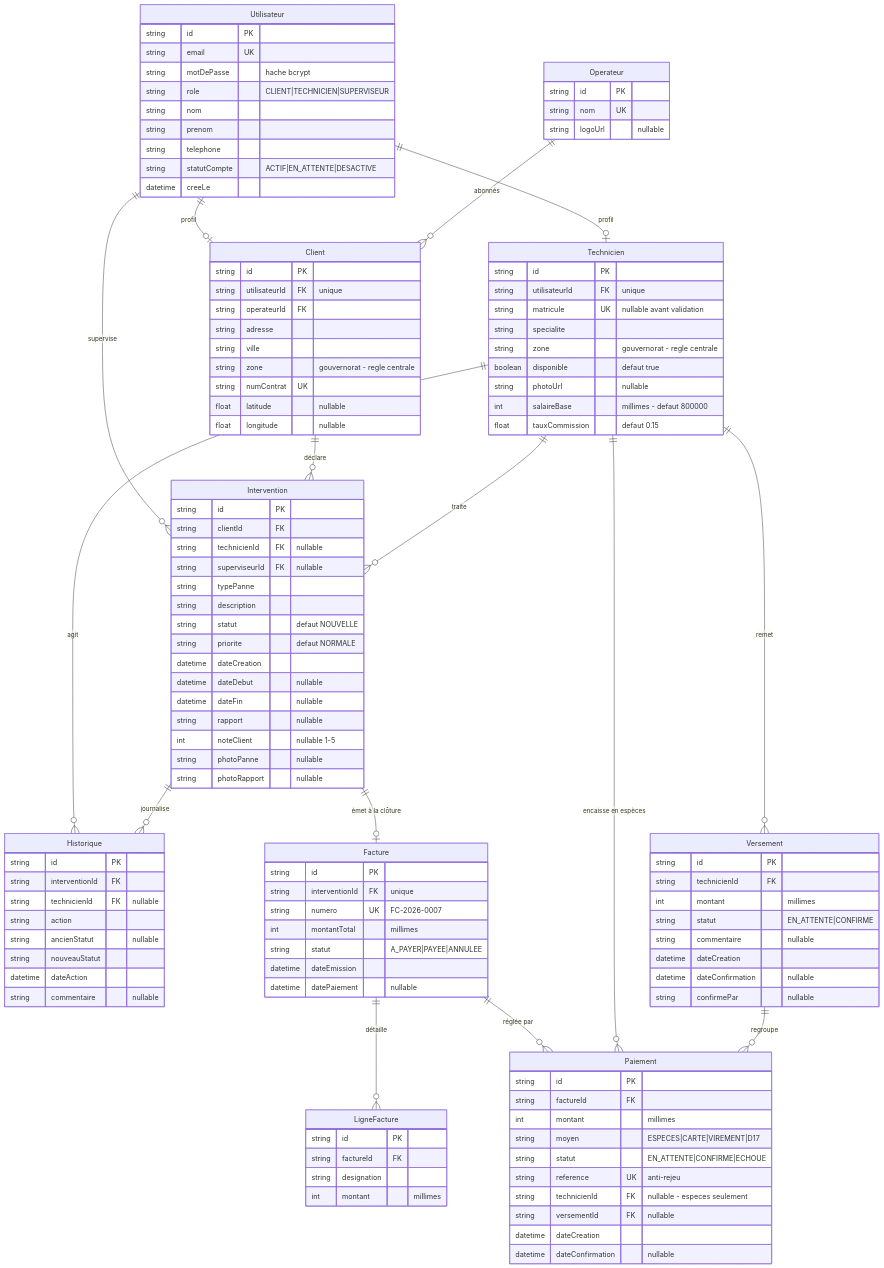
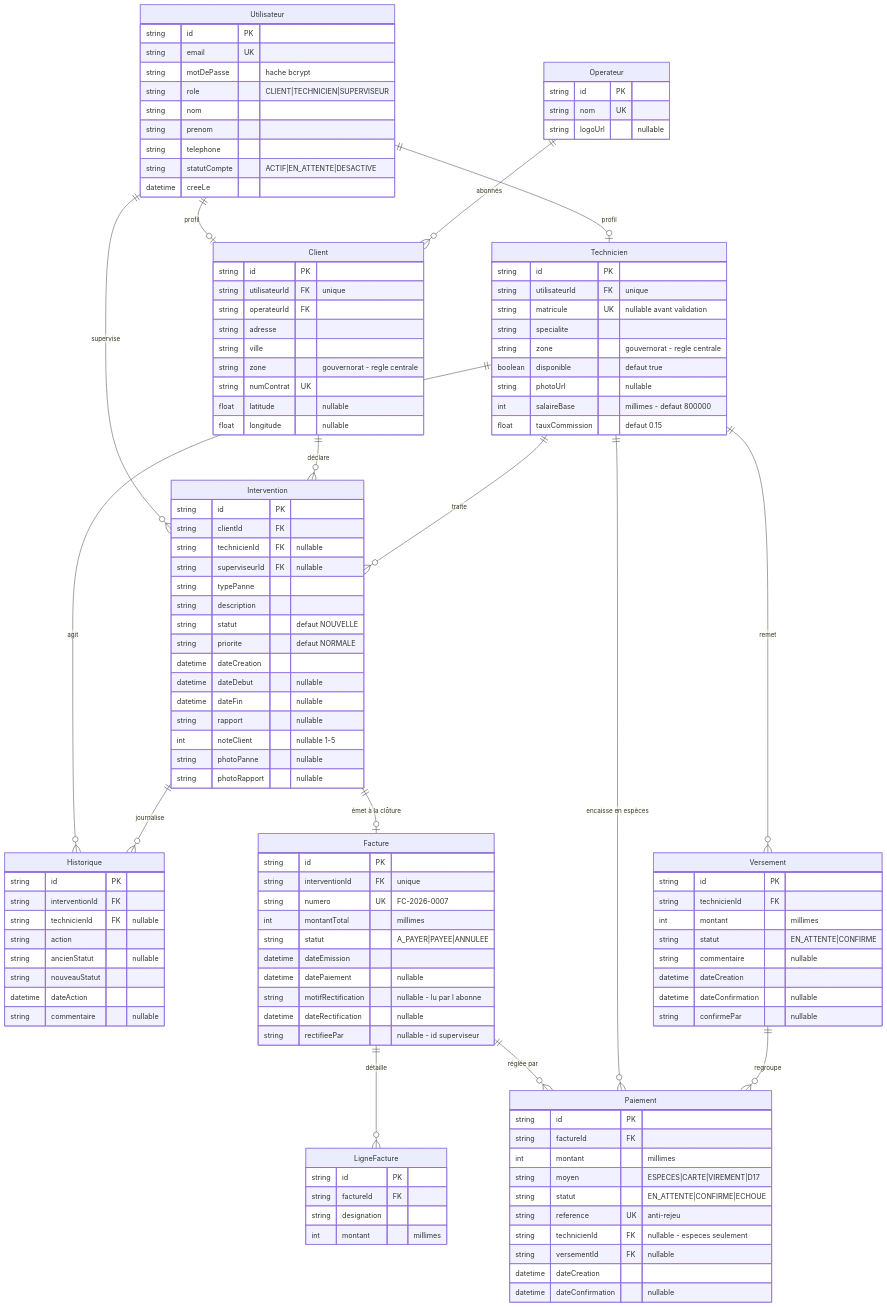
The diagram in README.md (amer-oun/fibreconnect), drawn with Mermaid before and after one commit. The commit also changed other lines of this file and 12 other files, not shown here.

```diff
--- a/README.md
+++ b/README.md
@@ -204,6 +205,9 @@
         string   statut "A_PAYER|PAYEE|ANNULEE"
         datetime dateEmission
         datetime datePaiement "nullable"
+        string   motifRectification "nullable - lu par l abonne"
+        datetime dateRectification "nullable"
+        string   rectifieePar "nullable - id superviseur"
     }
 
     LigneFacture {
```
